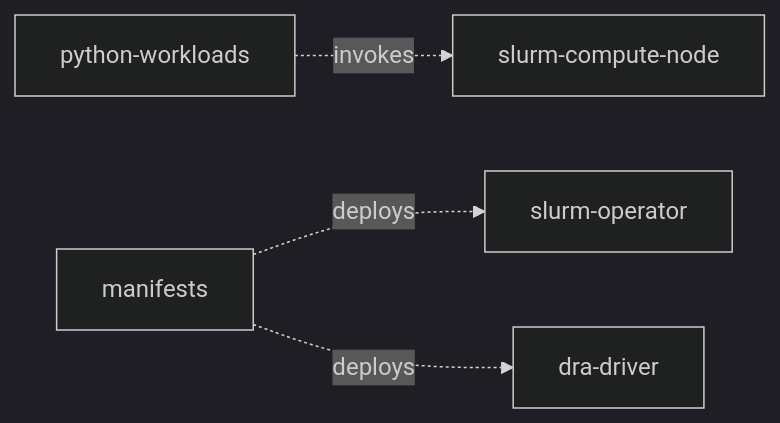
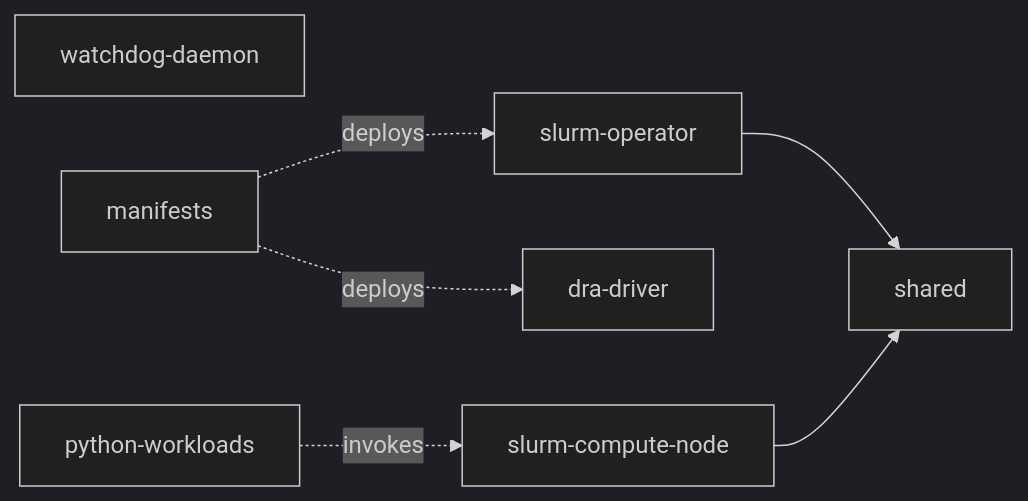
One commit to varrahan/hetero-cluster-orchestrator changed the diagram in docs/repository-layout.md. Above: the diagram before and after it, drawn with Mermaid (dark theme). The commit also changed other lines of this file and 7 other files, not shown here.

````diff
--- a/docs/repository-layout.md
+++ b/docs/repository-layout.md
@@ -140,9 +155,13 @@
 ```mermaid
 flowchart LR
     OP[slurm-operator]
     DRA[dra-driver]
     SC[slurm-compute-node]
+    WD[watchdog-daemon]
+    SH[shared]
+    OP --> SH
+    SC --> SH
     PY[python-workloads] -. invokes .-> SC
     MF[manifests] -. deploys .-> OP
     MF -. deploys .-> DRA
 ```
````
